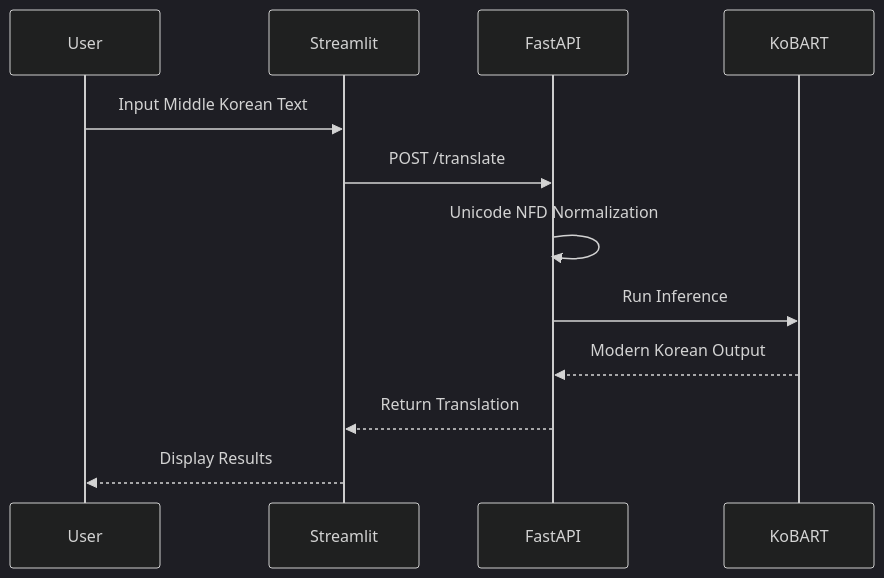
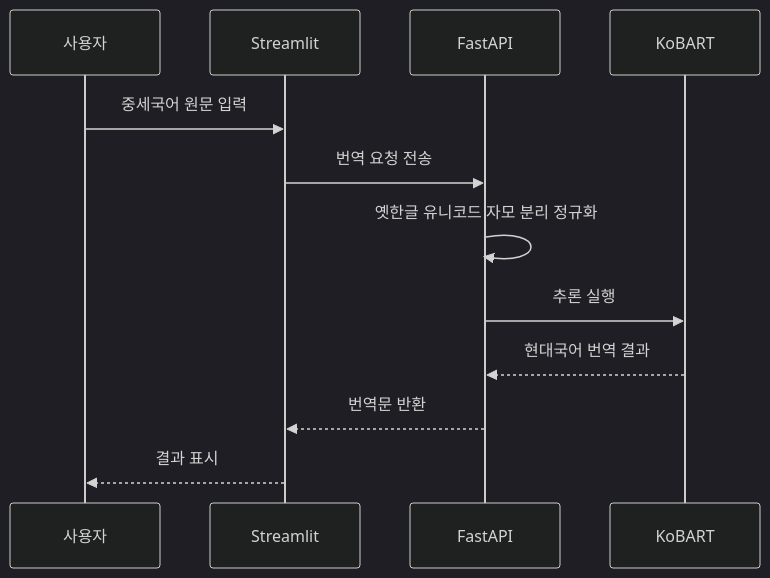
One commit to HyunchanAn/Middle_Korean_AI changed the second of 2 diagrams in README.md. Above: the diagram before and after it, drawn with Mermaid (dark theme). The commit also changed other lines of this file and 9 other files, not shown here.

````diff
--- a/README.md
+++ b/README.md
@@ -25,14 +25,14 @@
 ```mermaid
 sequenceDiagram
-    participant User
-    participant UI as Streamlit
-    participant API as FastAPI
-    participant Model as KoBART
-    User->>UI: Input Middle Korean Text
-    UI->>API: POST /translate
-    API->>API: Unicode NFD Normalization
-    API->>Model: Run Inference
-    Model-->>API: Modern Korean Output
-    API-->>UI: Return Translation
-    UI-->>User: Display Results
+    participant 사용자
+    participant 화면 as Streamlit
+    participant 접속부 as FastAPI
+    participant 모형 as KoBART
+    사용자->>화면: 중세국어 원문 입력
+    화면->>접속부: 번역 요청 전송
+    접속부->>접속부: 옛한글 유니코드 자모 분리 정규화
+    접속부->>모형: 추론 실행
+    모형-->>접속부: 현대국어 번역 결과
+    접속부-->>화면: 번역문 반환
+    화면-->>사용자: 결과 표시
 ```
````
